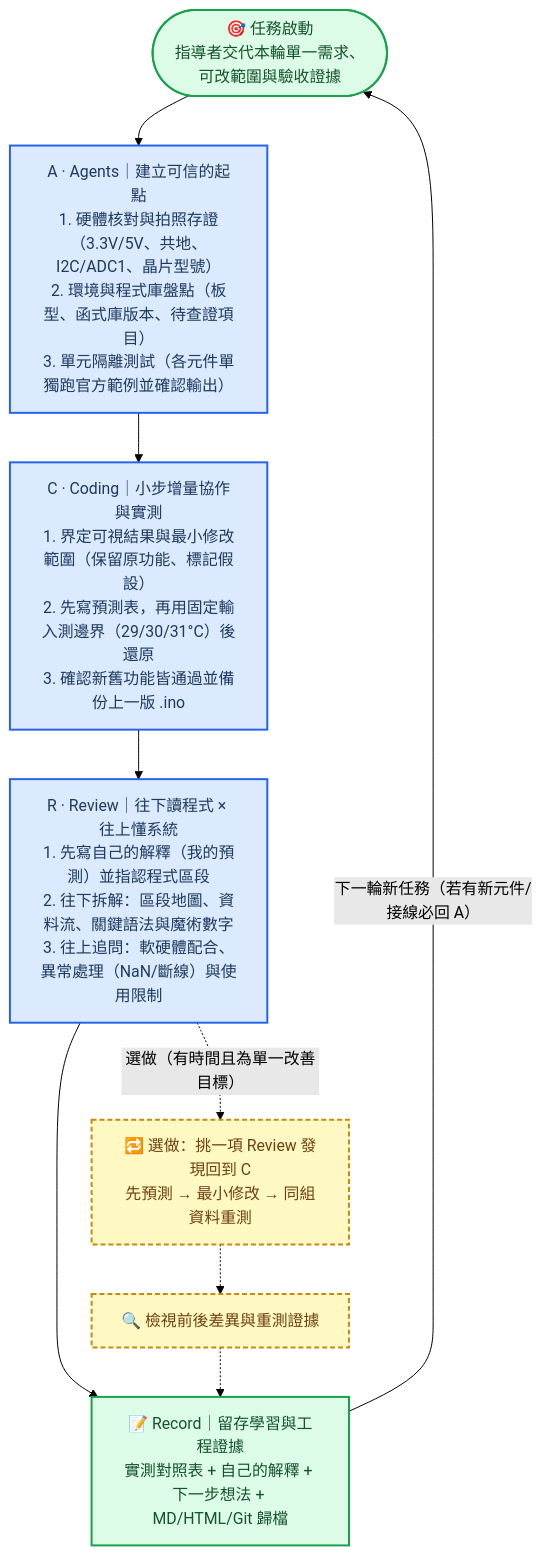
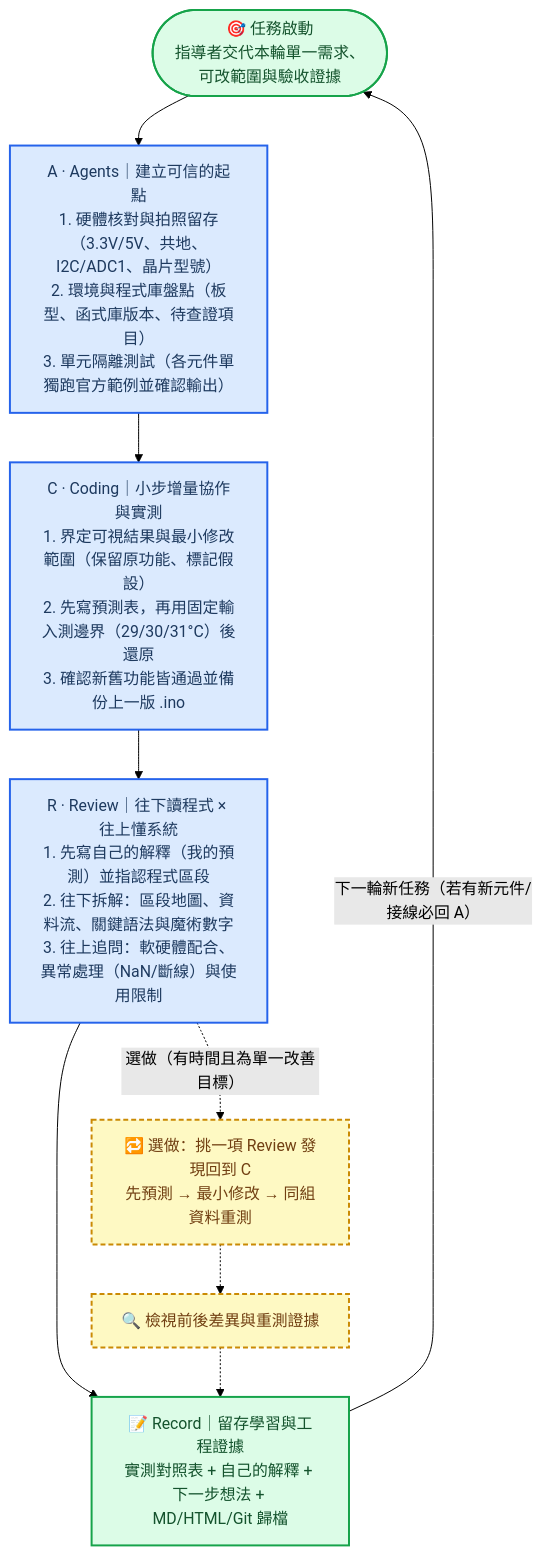
Before and after one commit to joelhoty/onclassbyJoel: the first of 2 diagrams in ec/ACR_recommended_workflow.md, drawn with Mermaid (forest theme). The commit also changed other lines of this file and 5 other files, not shown here.

````diff
--- a/ec/ACR_recommended_workflow.md
+++ b/ec/ACR_recommended_workflow.md
@@ -52,26 +52,26 @@
 ```mermaid
 flowchart TB
     guide(["🎯 任務啟動<br/>指導者交代本輪單一需求、可改範圍與驗收證據"])
-    A["A · Agents｜建立可信的起點<br/>1. 硬體核對與拍照存證（3.3V/5V、共地、I2C/ADC1、晶片型號）<br/>2. 環境與程式庫盤點（板型、函式庫版本、待查證項目）<br/>3. 單元隔離測試（各元件單獨跑官方範例並確認輸出）"]
+    A["A · Agents｜建立可信的起點<br/>1. 硬體核對與拍照留存（3.3V/5V、共地、I2C/ADC1、晶片型號）<br/>2. 環境與程式庫盤點（板型、函式庫版本、待查證項目）<br/>3. 單元隔離測試（各元件單獨跑官方範例並確認輸出）"]
     C["C · Coding｜小步增量協作與實測<br/>1. 界定可視結果與最小修改範圍（保留原功能、標記假設）<br/>2. 先寫預測表，再用固定輸入測邊界（29/30/31°C）後還原<br/>3. 確認新舊功能皆通過並備份上一版 .ino"]
     R["R · Review｜往下讀程式 × 往上懂系統<br/>1. 先寫自己的解釋（我的預測）並指認程式區段<br/>2. 往下拆解：區段地圖、資料流、關鍵語法與魔術數字<br/>3. 往上追問：軟硬體配合、異常處理（NaN/斷線）與使用限制"]
     record["📝 Record｜留存學習與工程證據<br/>實測對照表 + 自己的解釋 + 下一步想法 + MD/HTML/Git 歸檔"]
     revise["🔁 選做：挑一項 Review 發現回到 C<br/>先預測 → 最小修改 → 同組資料重測"]
     recheck["🔍 檢視前後差異與重測證據"]
 
     guide --> A
     A --> C
     C --> R
     R --> record
     R -. "選做（有時間且為單一改善目標）" .-> revise
     revise -.-> recheck
     recheck -.-> record
     record -->|"下一輪新任務（若有新元件/接線必回 A）"| guide
 
     classDef core fill:#dbeafe,stroke:#2563eb,stroke-width:2px,color:#1e3a5f
     classDef optional fill:#fef9c3,stroke:#ca8a04,stroke-width:2px,color:#713f12,stroke-dasharray:5 3
     classDef startend fill:#dcfce7,stroke:#16a34a,stroke-width:2px,color:#14532d
     class A,C,R core
     class revise,recheck optional
     class guide,record startend
 ```
````
